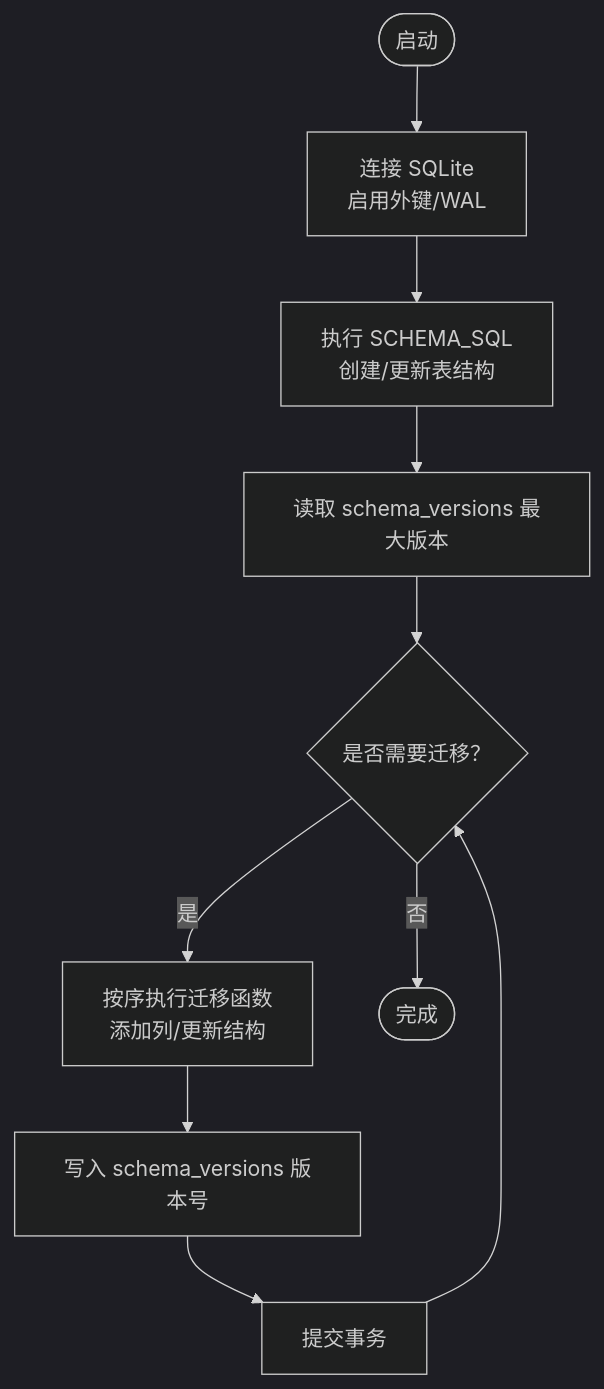
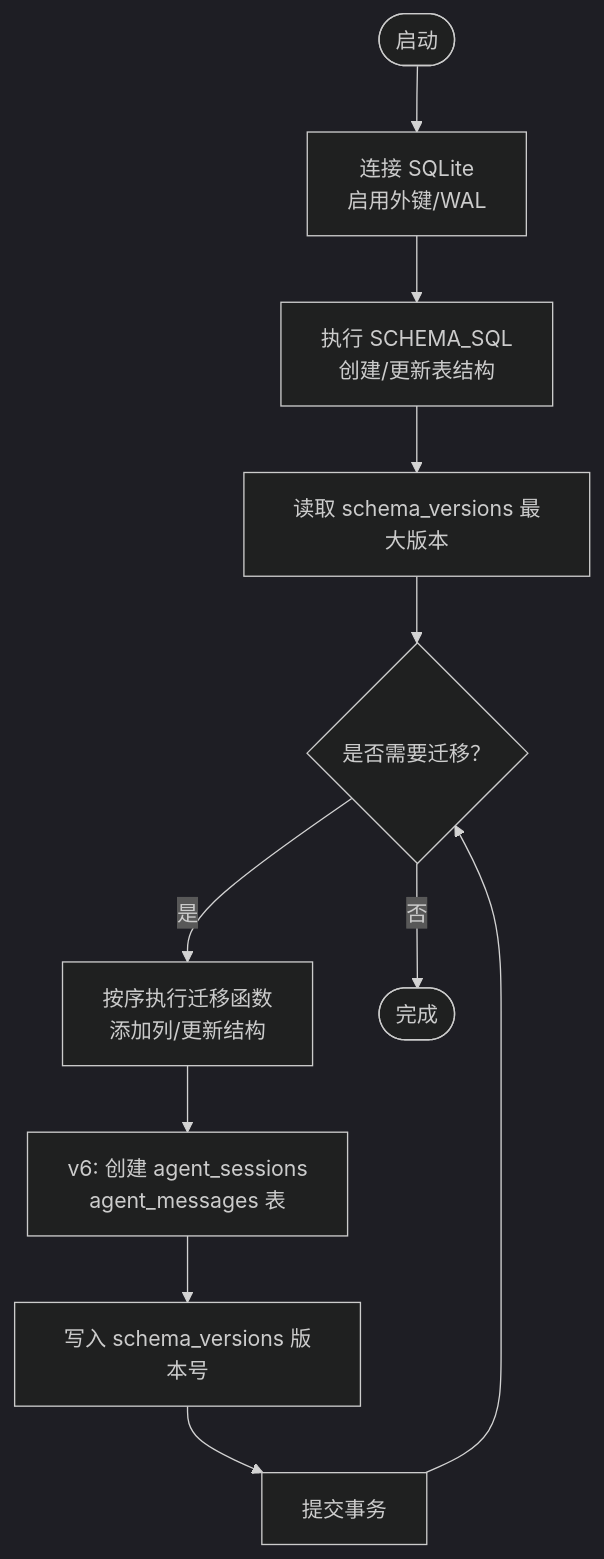
One commit to UynajGI/drbrain changed the third of 8 diagrams in .qoder/repowiki/zh/content/核心模块详解/存储管理系统/数据库管理.md. Above: the diagram before and after it, drawn with Mermaid (dark theme). The commit also changed other lines of this file and 6 other files, not shown here.

````diff
--- a/.qoder/repowiki/zh/content/核心模块详解/存储管理系统/数据库管理.md
+++ b/.qoder/repowiki/zh/content/核心模块详解/存储管理系统/数据库管理.md
@@ -150,12 +190,13 @@
 ```mermaid
 flowchart TD
 Start(["启动"]) --> Connect["连接 SQLite<br/>启用外键/WAL"]
 Connect --> InitSchema["执行 SCHEMA_SQL<br/>创建/更新表结构"]
 InitSchema --> ReadVersion["读取 schema_versions 最大版本"]
 ReadVersion --> Loop{"是否需要迁移？"}
 Loop --> |是| Apply["按序执行迁移函数<br/>添加列/更新结构"]
-Apply --> Record["写入 schema_versions 版本号"]
+Apply --> AgentMigrate["v6: 创建 agent_sessions<br/>agent_messages 表"]
+AgentMigrate --> Record["写入 schema_versions 版本号"]
 Record --> Commit["提交事务"]
 Loop --> |否| Done(["完成"])
 Commit --> Loop
 ```
````
